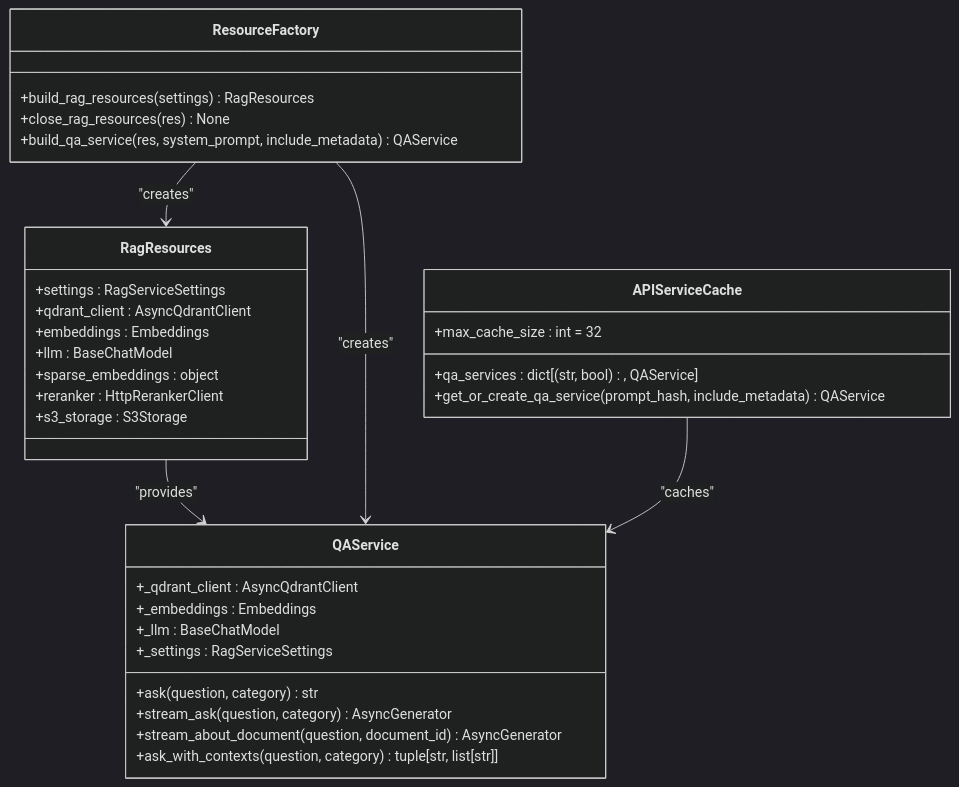
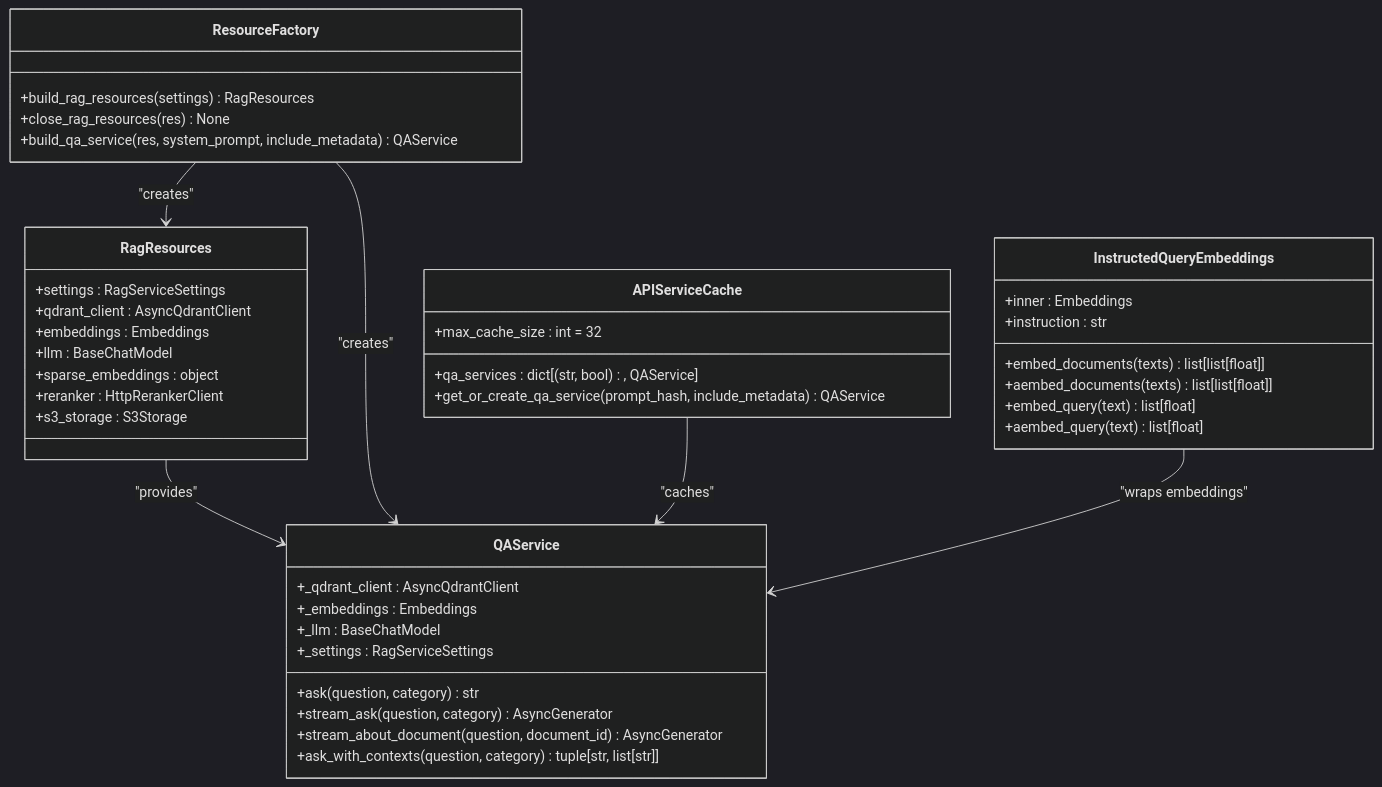
Diagram 21 of 24 in .qoder/repowiki/en/content/API Reference/RAG Microservice Architecture.md (ognelis/cafetera_hr_bot), drawn with Mermaid (dark theme) before and after one commit. The commit also changed other lines of this file and 10 other files, not shown here.

````diff
--- a/.qoder/repowiki/en/content/API Reference/RAG Microservice Architecture.md
+++ b/.qoder/repowiki/en/content/API Reference/RAG Microservice Architecture.md
@@ -1001,36 +1041,45 @@
 ```mermaid
 classDiagram
 class RagResources {
 +settings : RagServiceSettings
 +qdrant_client : AsyncQdrantClient
 +embeddings : Embeddings
 +llm : BaseChatModel
 +sparse_embeddings : object
 +reranker : HttpRerankerClient
 +s3_storage : S3Storage
 }
 class QAService {
 +_qdrant_client : AsyncQdrantClient
 +_embeddings : Embeddings
 +_llm : BaseChatModel
 +_settings : RagServiceSettings
 +ask(question, category) str
 +stream_ask(question, category) AsyncGenerator
 +stream_about_document(question, document_id) AsyncGenerator
 +ask_with_contexts(question, category) tuple[str, list[str]]
 }
 class ResourceFactory {
 +build_rag_resources(settings) RagResources
 +close_rag_resources(res) None
 +build_qa_service(res, system_prompt, include_metadata) QAService
 }
 class APIServiceCache {
 +qa_services : dict[(str, bool), QAService]
 +max_cache_size : int = 32
 +get_or_create_qa_service(prompt_hash, include_metadata) QAService
 }
+class InstructedQueryEmbeddings {
++inner : Embeddings
++instruction : str
++embed_documents(texts) list[list[float]]
++aembed_documents(texts) list[list[float]]
++embed_query(text) list[float]
++aembed_query(text) list[float]
+}
 RagResources --> QAService : "provides"
 ResourceFactory --> RagResources : "creates"
 ResourceFactory --> QAService : "creates"
 APIServiceCache --> QAService : "caches"
+InstructedQueryEmbeddings --> QAService : "wraps embeddings"
 ```
````
